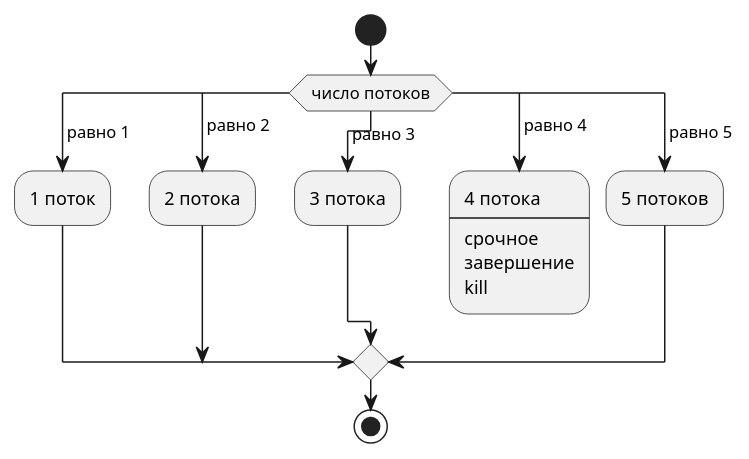
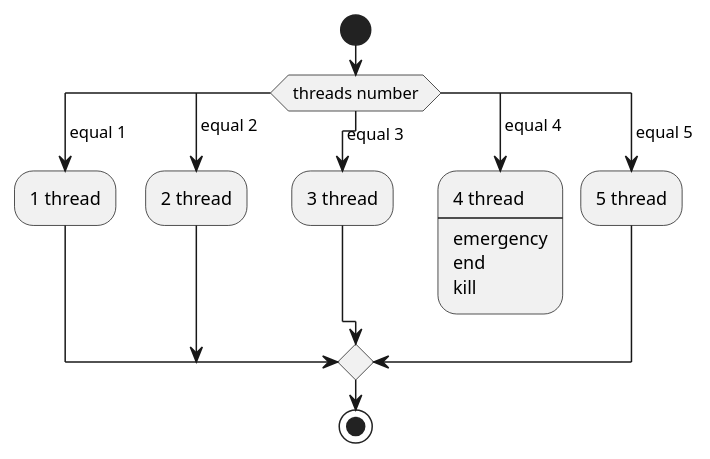
One commit to exxferrl/alg-1-github-repo changed the diagram in task2/activity-1.puml. Above: the diagram before and after it, drawn with PlantUML.

Commit message:
activity-1.puml

```diff
--- a/task2/activity-1.puml
+++ b/task2/activity-1.puml
@@ -1,25 +1,25 @@
 @startuml
 
 start
 
-switch ( число потоков )
-case ( равно 1 )
-  :1 поток;
-case ( равно 2 ) 
-  :2 потока;
-case ( равно 3 )
-  :3 потока;
-case ( равно 4 )
-  :4 потока
+switch ( threads number )
+case ( equal 1 )
+  :1 thread;
+case ( equal 2 ) 
+  :2 thread;
+case ( equal 3 )
+  :3 thread;
+case ( equal 4 )
+  :4 thread
   ----
-  срочное
-  завершение
+  emergency
+  end
   kill;
   kill
-case ( равно 5 )
-  :5 потоков;
+case ( equal 5 )
+  :5 thread;
 endswitch
 
 stop
 
 @enduml
```
